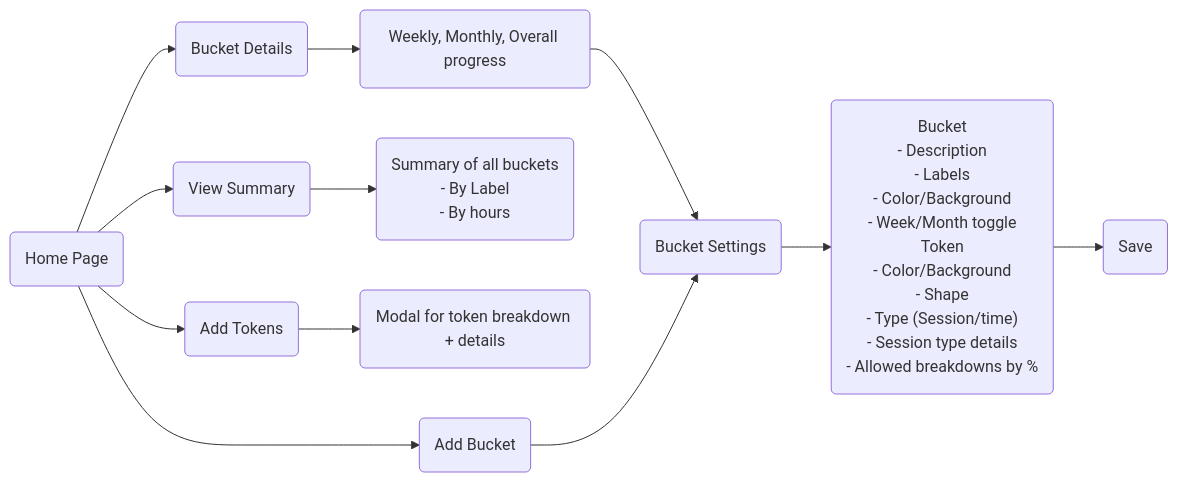
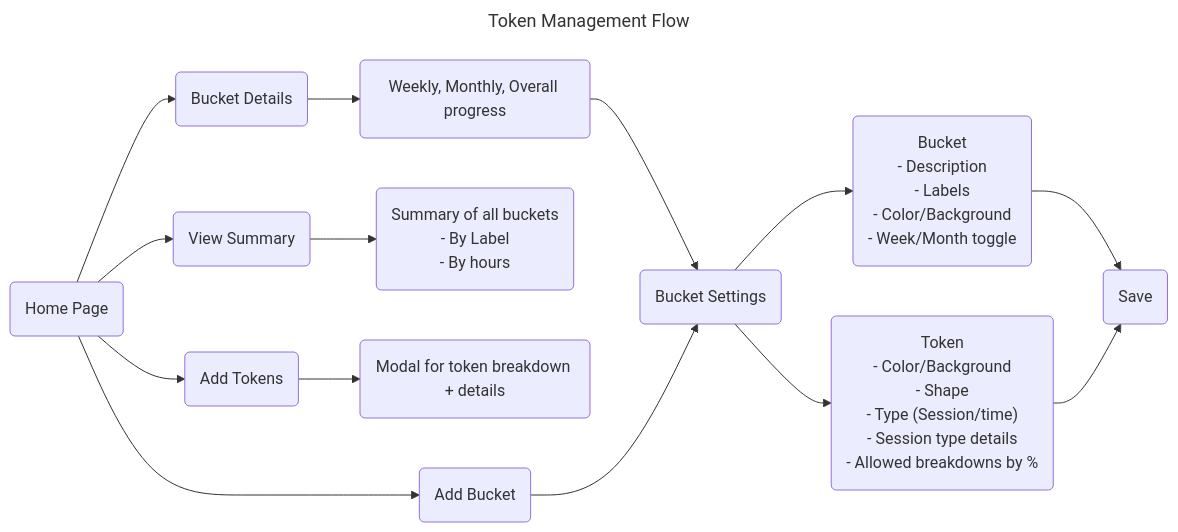
One commit to Brandontzhang/daily-tokens changed the second of 2 diagrams in README.md. Above: the diagram before and after it, drawn with Mermaid.

Commit message:
Fixing token flow diagram

````diff
--- a/README.md
+++ b/README.md
@@ -41,40 +41,39 @@
   ```mermaid
   ---
-  Title: Token Tracking Flow
+  title: Token Management Flow
   ---
   flowchart LR
       A(Home Page)
       B(View Summary)
       C(Add Tokens)
       D(Bucket Details)
       E(Add Bucket)
       F("Summary of all buckets
-        - By Label
-        - By hours")
+          - By Label
+          - By hours")
       G(Modal for token breakdown + details)
       H(Weekly, Monthly, Overall progress)
       I(Bucket Settings)
       J(Save)
       K("Bucket
-            - Description
-            - Labels
-            - Color/Background
-            - Week/Month toggle
-        Token
-            - Color/Background
-            - Shape
-            - Type (Session/time)
-                - Session type details
-            - Allowed breakdowns by %")
-        A --> B
-        A --> C
-        A --> D
-        A --> E
-        B --> F
-        C --> G
-        D --> H
-        H --> I
-        E --> I
-        I --> K
-        K --> J
+          - Description
+          - Labels
+          - Color/Background
+          - Week/Month toggle")
+      L("Token
+          - Color/Background
+          - Shape
+          - Type (Session/time)
+          - Session type details
+          - Allowed breakdowns by %")
+      A --> B
+      A --> C
+      A --> D
+      A --> E
+      B --> F
+      C --> G
+      D --> H
+      H --> I
+      E --> I
+      I --> K & L --> J
   ```
````
